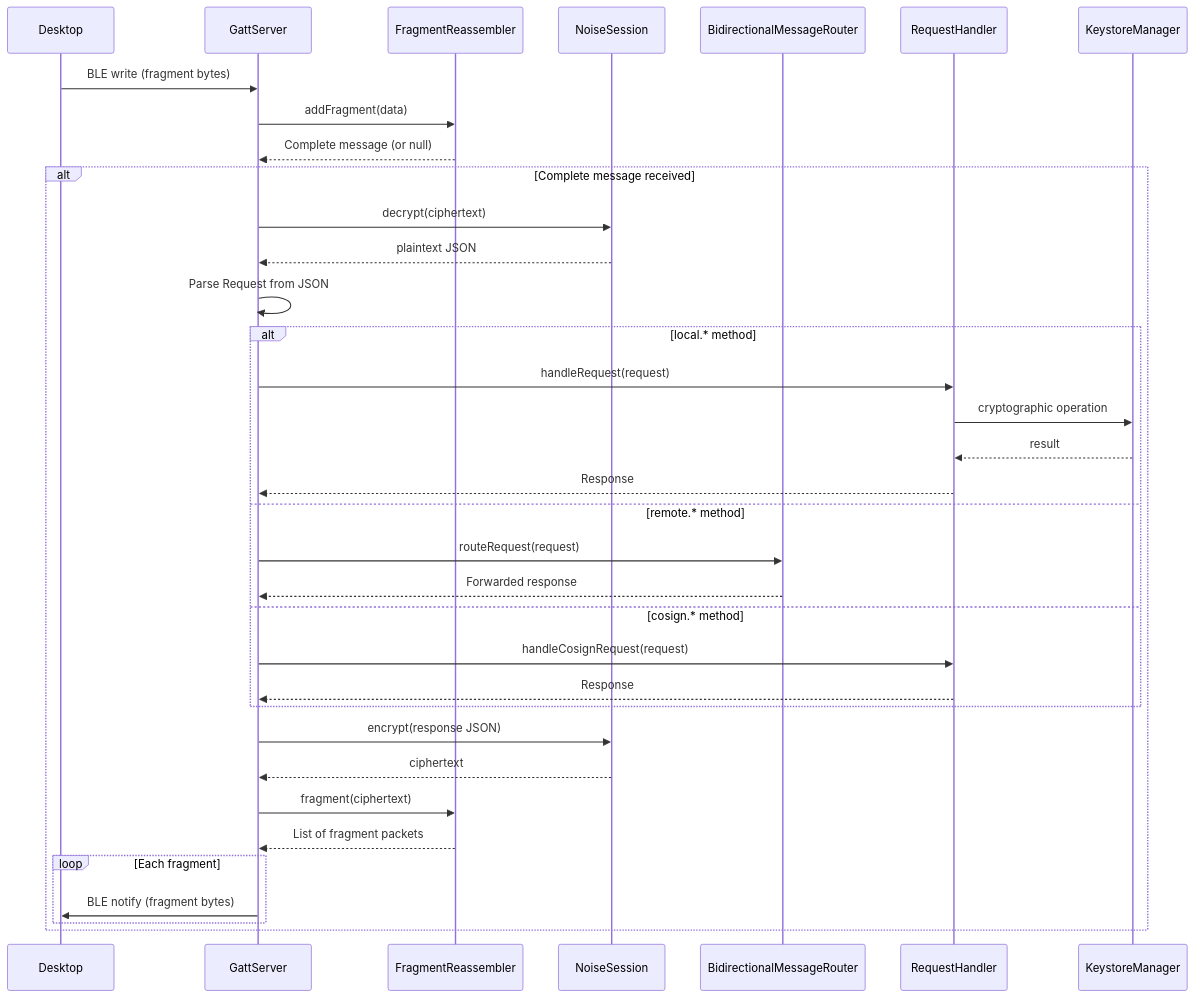
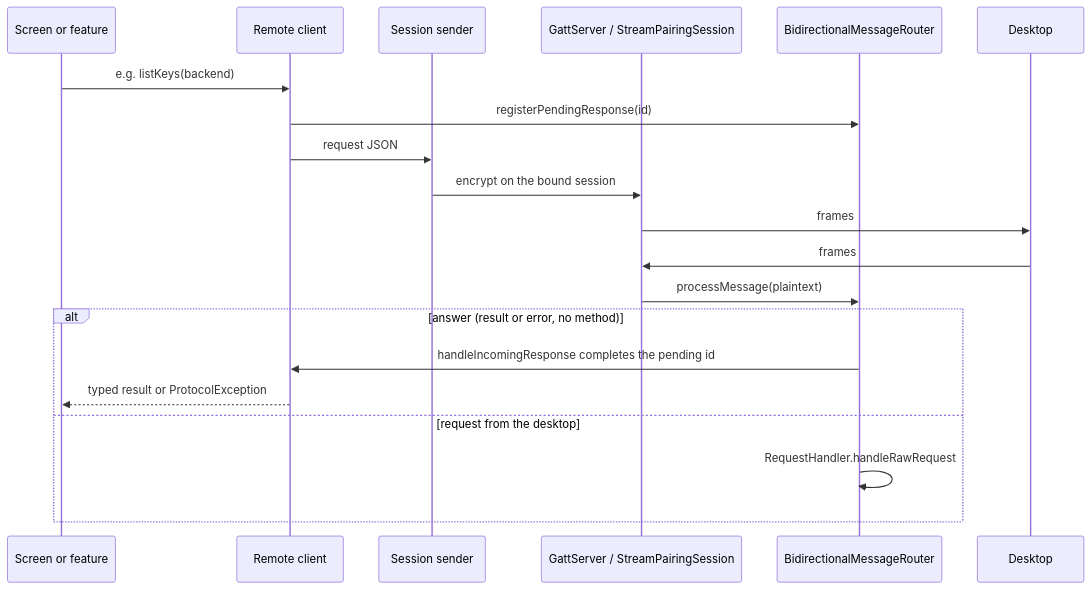
The diagram in docs/remote-key-access/architecture.md (jeremyhahn/xkey-android), drawn with Mermaid before and after one commit. The commit also changed other lines of this file and 39 other files, not shown here.

````diff
--- a/docs/remote-key-access/architecture.md
+++ b/docs/remote-key-access/architecture.md
@@ -132,44 +132,23 @@
 ```mermaid
 sequenceDiagram
+    participant UI as Screen or feature
+    participant C as Remote client
+    participant S as Session sender
+    participant T as GattServer / StreamPairingSession
+    participant BMR as BidirectionalMessageRouter
     participant Desktop
-    participant GATT as GattServer
-    participant FR as FragmentReassembler
-    participant NS as NoiseSession
-    participant BMR as BidirectionalMessageRouter
-    participant RH as RequestHandler
-    participant KM as KeystoreManager
 
-    Desktop->>GATT: BLE write (fragment bytes)
-    GATT->>FR: addFragment(data)
-    FR-->>GATT: Complete message (or null)
-
-    alt Complete message received
-        GATT->>NS: decrypt(ciphertext)
-        NS-->>GATT: plaintext JSON
-
-        GATT->>GATT: Parse Request from JSON
-
-        alt local.* method
-            GATT->>RH: handleRequest(request)
-            RH->>KM: cryptographic operation
-            KM-->>RH: result
-            RH-->>GATT: Response
-        else remote.* method
-            GATT->>BMR: routeRequest(request)
-            BMR-->>GATT: Forwarded response
-        else cosign.* method
-            GATT->>RH: handleCosignRequest(request)
-            RH-->>GATT: Response
-        end
-
-        GATT->>NS: encrypt(response JSON)
-        NS-->>GATT: ciphertext
-
-        GATT->>FR: fragment(ciphertext)
-        FR-->>GATT: List of fragment packets
-
-        loop Each fragment
-            GATT->>Desktop: BLE notify (fragment bytes)
-        end
+    UI->>C: e.g. listKeys(backend)
+    C->>BMR: registerPendingResponse(id)
+    C->>S: request JSON
+    S->>T: encrypt on the bound session
+    T->>Desktop: frames
+    Desktop->>T: frames
+    T->>BMR: processMessage(plaintext)
+    alt answer (result or error, no method)
+        BMR->>C: handleIncomingResponse completes the pending id
+        C-->>UI: typed result or ProtocolException
+    else request from the desktop
+        BMR->>BMR: RequestHandler.handleRawRequest
     end
 ```
````
